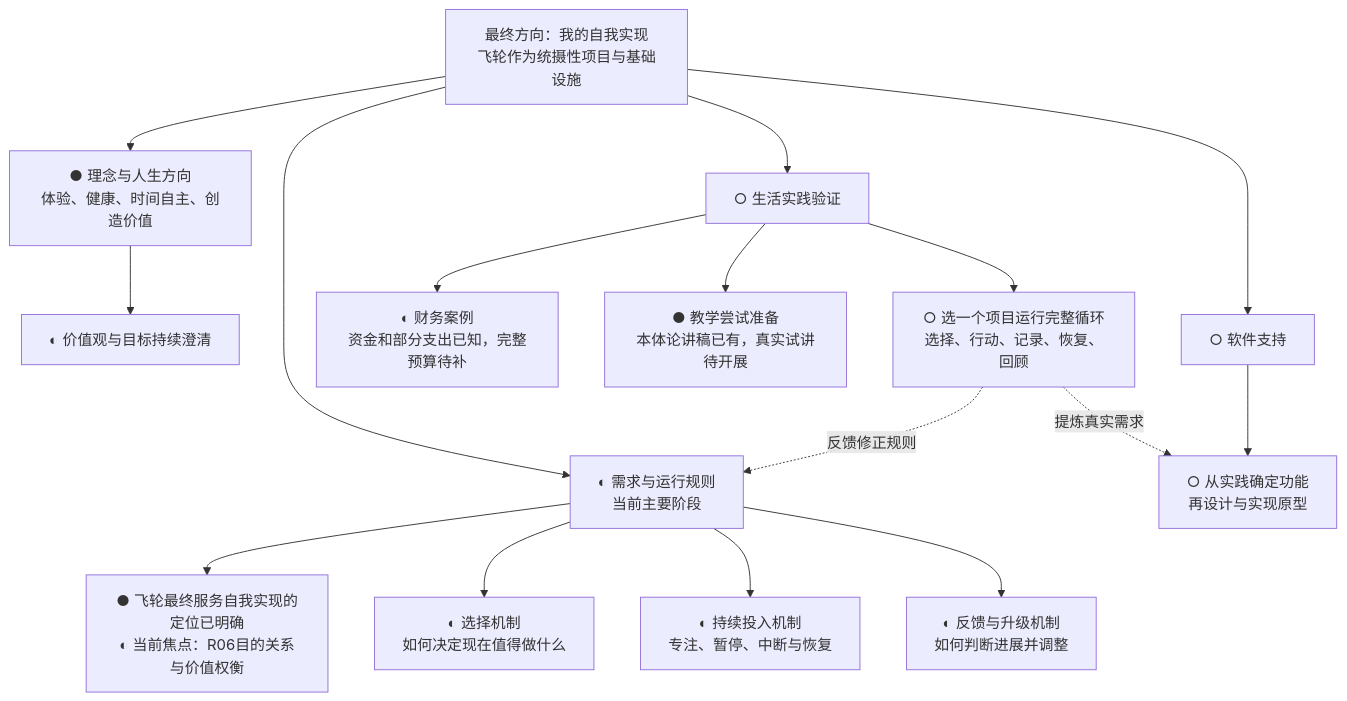
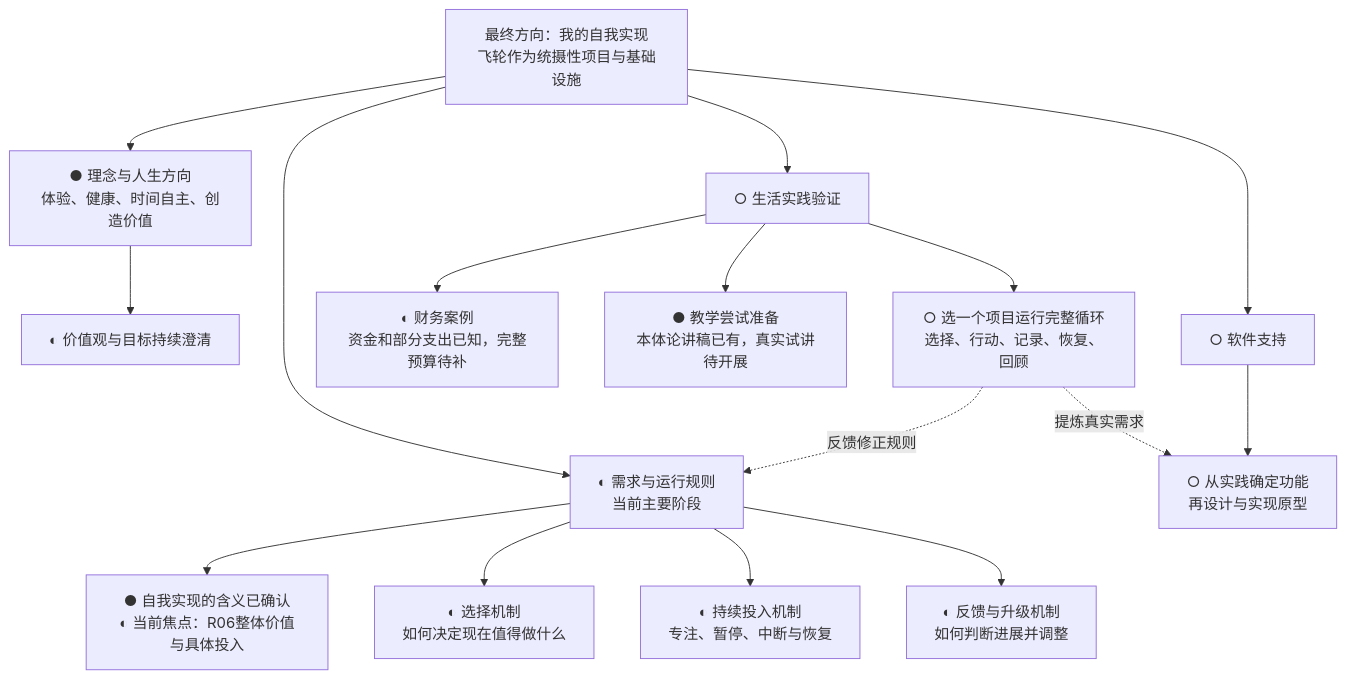
The first of 2 diagrams in 项目/人生飞轮/项目推进图.md (fangjiaqi2023-jpg/life-flywheel), drawn with Mermaid before and after one commit. The commit also changed other lines of this file, not shown here.

````diff
--- a/项目/人生飞轮/项目推进图.md
+++ b/项目/人生飞轮/项目推进图.md
@@ -11,22 +11,22 @@
 ```mermaid
 flowchart TD
     M[最终方向：我的自我实现<br/>飞轮作为统摄性项目与基础设施]
     M --> A[● 理念与人生方向<br/>体验、健康、时间自主、创造价值]
     M --> B[◐ 需求与运行规则<br/>当前主要阶段]
     M --> C[○ 生活实践验证]
     M --> D[○ 软件支持]
 
     A --> A1[◐ 价值观与目标持续澄清]
-    B --> B0[● 飞轮最终服务自我实现的定位已明确<br/>◐ 当前焦点：R06目的关系与价值权衡]
+    B --> B0[● 自我实现的含义已确认<br/>◐ 当前焦点：R06整体价值与具体投入]
     B --> B1[◐ 选择机制<br/>如何决定现在值得做什么]
     B --> B2[◐ 持续投入机制<br/>专注、暂停、中断与恢复]
     B --> B3[◐ 反馈与升级机制<br/>如何判断进展并调整]
 
     C --> C1[◐ 财务案例<br/>资金和部分支出已知，完整预算待补]
     C --> C2[● 教学尝试准备<br/>本体论讲稿已有，真实试讲待开展]
     C --> C3[○ 选一个项目运行完整循环<br/>选择、行动、记录、恢复、回顾]
     D --> D1[○ 从实践确定功能<br/>再设计与实现原型]
 
     C3 -.反馈修正规则.-> B
     C3 -.提炼真实需求.-> D1
 ```
````
